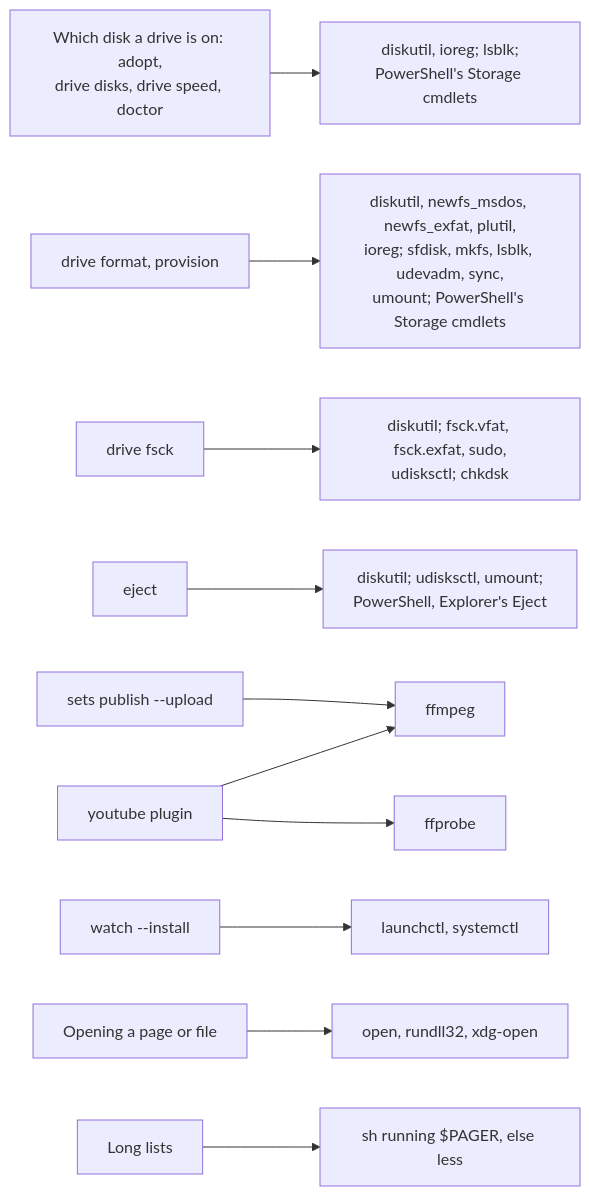
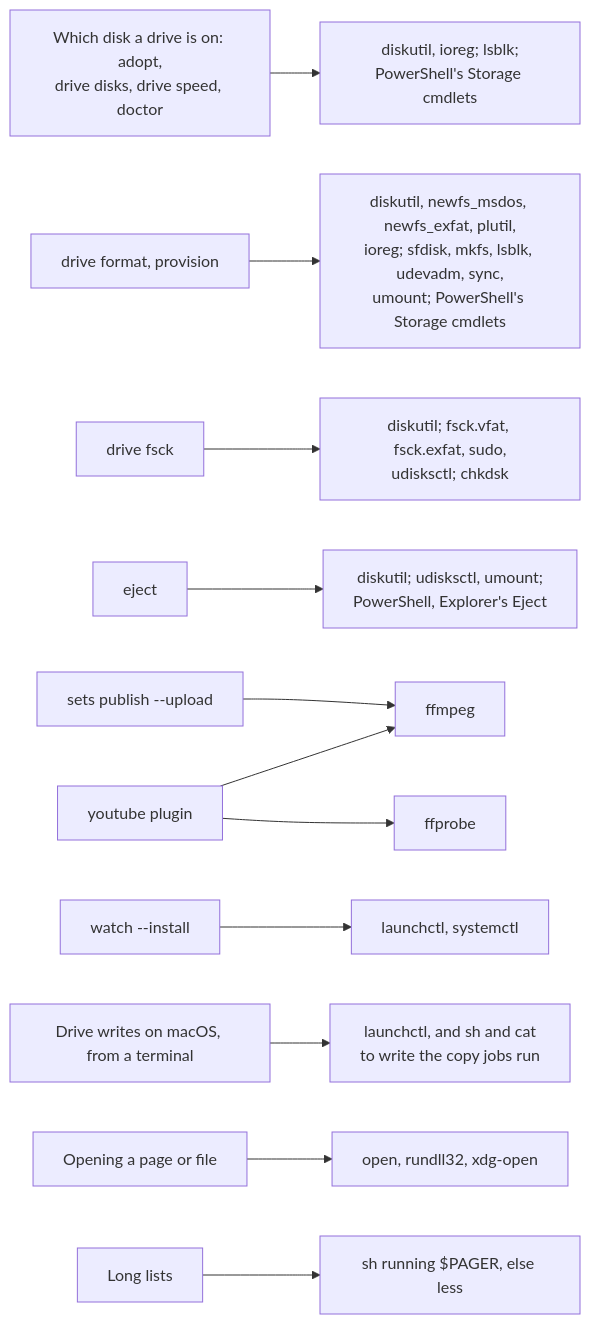
One commit to cutenode/localnetwork changed the eighth of 8 diagrams in apps/locallibrary/docs/diagrams/publishing-and-services.md. Above: the diagram before and after it, drawn with Mermaid. The commit also changed other lines of this file and 12 other files, not shown here.

First line of the commit message:
feat(locallibrary): write drives from a launchd job on macOS so no ._ files are made

````diff
--- a/apps/locallibrary/docs/diagrams/publishing-and-services.md
+++ b/apps/locallibrary/docs/diagrams/publishing-and-services.md
@@ -163,13 +163,14 @@
 ```mermaid
 flowchart LR
     identify["Which disk a drive is on: adopt,<br/>drive disks, drive speed, doctor"] --> which["diskutil, ioreg; lsblk;<br/>PowerShell's Storage cmdlets"]
     format["drive format, provision"] --> disk["diskutil, newfs_msdos, newfs_exfat, plutil,<br/>ioreg; sfdisk, mkfs, lsblk, udevadm, sync,<br/>umount; PowerShell's Storage cmdlets"]
     fsck["drive fsck"] --> check["diskutil; fsck.vfat, fsck.exfat, sudo,<br/>udisksctl; chkdsk"]
     eject["eject"] --> ej["diskutil; udisksctl, umount;<br/>PowerShell, Explorer's Eject"]
     upload["sets publish --upload"] --> ffmpeg["ffmpeg"]
     youtube["youtube plugin"] --> ffmpeg
     youtube --> ffprobe["ffprobe"]
     watch["watch --install"] --> login["launchctl, systemctl"]
+    writes["Drive writes on macOS, from a terminal"] --> job["launchctl, and sh and cat<br/>to write the copy jobs run"]
     open["Opening a page or file"] --> opener["open, rundll32, xdg-open"]
     pager["Long lists"] --> less["sh running $PAGER, else less"]
 ```
````
